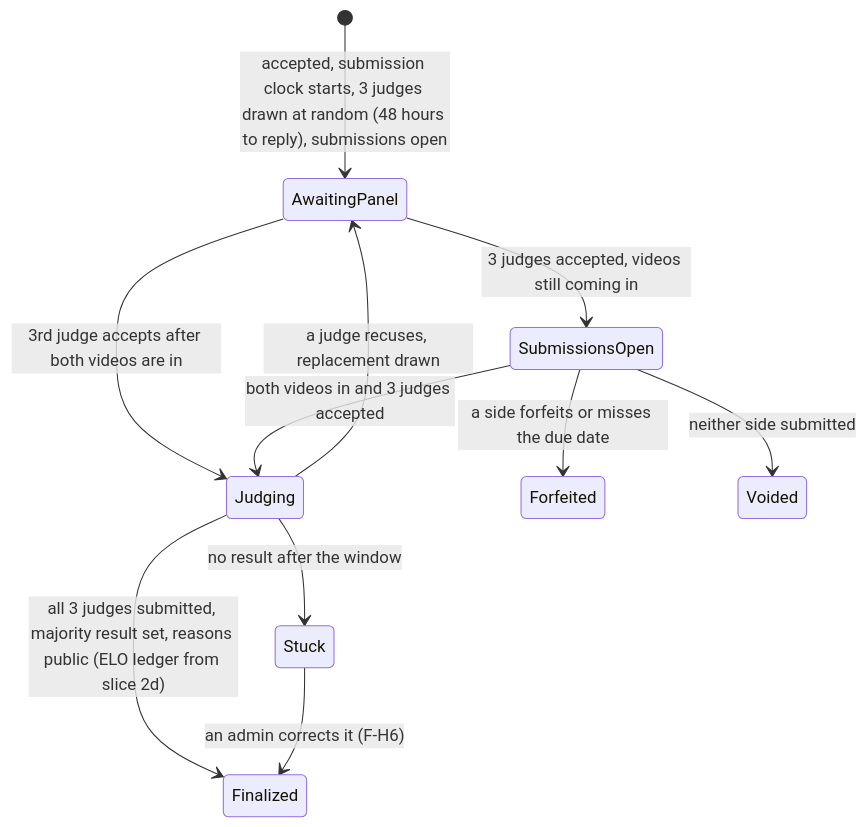
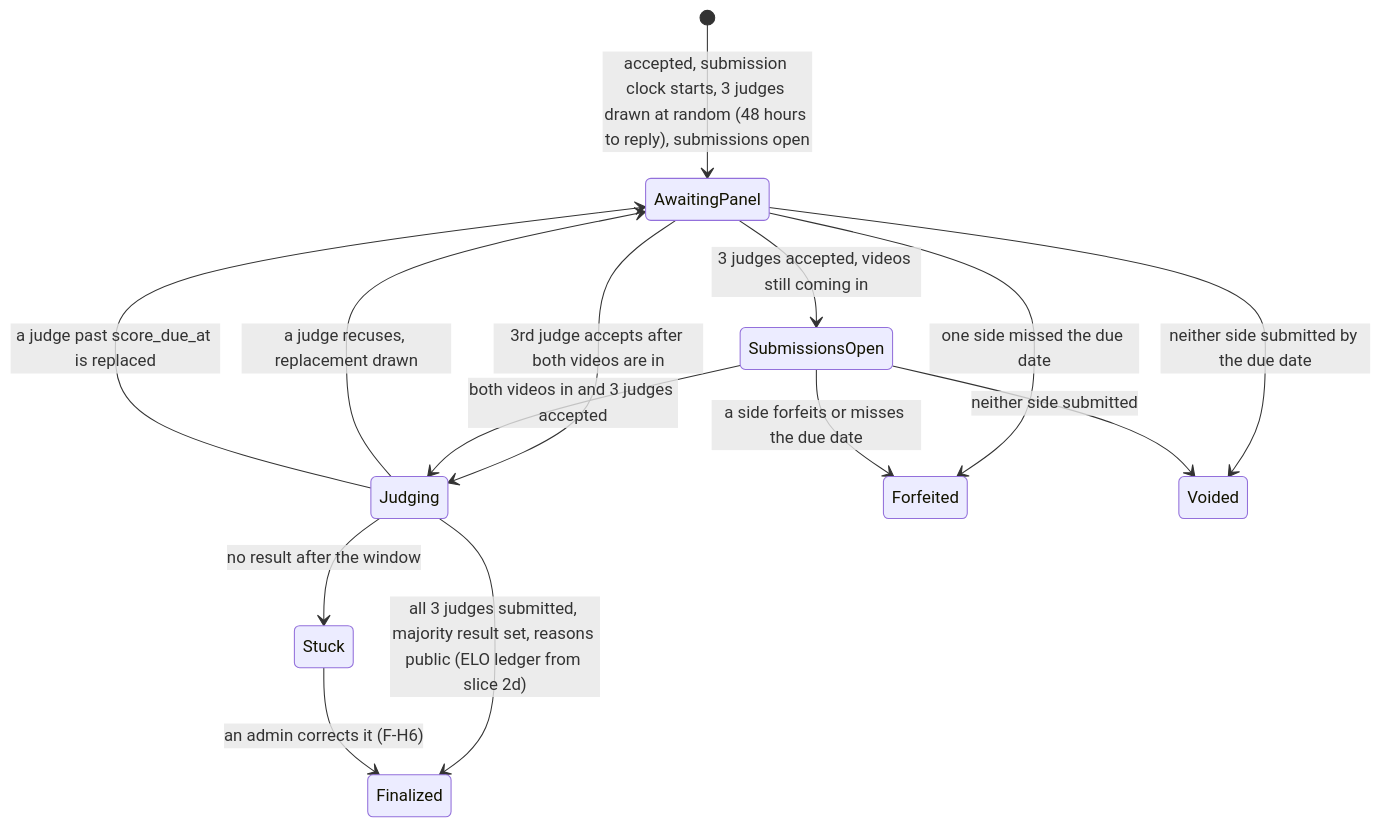
The second of 4 diagrams in docs/03-state-flows.md (Vioh-code/glovesup.tv), drawn with Mermaid before and after one commit. The commit also changed other lines of this file and 20 other files, not shown here.

````diff
--- a/docs/03-state-flows.md
+++ b/docs/03-state-flows.md
@@ -41,13 +41,16 @@
 ```mermaid
 stateDiagram-v2
   [*] --> AwaitingPanel: accepted, submission clock starts, 3 judges drawn at random (48 hours to reply), submissions open
   AwaitingPanel --> SubmissionsOpen: 3 judges accepted, videos still coming in
   AwaitingPanel --> Judging: 3rd judge accepts after both videos are in
   SubmissionsOpen --> Judging: both videos in and 3 judges accepted
   Judging --> AwaitingPanel: a judge recuses, replacement drawn
   Judging --> Finalized: all 3 judges submitted, majority result set, reasons public (ELO ledger from slice 2d)
+  AwaitingPanel --> Forfeited: one side missed the due date
   SubmissionsOpen --> Forfeited: a side forfeits or misses the due date
+  AwaitingPanel --> Voided: neither side submitted by the due date
   SubmissionsOpen --> Voided: neither side submitted
+  Judging --> AwaitingPanel: a judge past score_due_at is replaced
   Judging --> Stuck: no result after the window
   Stuck --> Finalized: an admin corrects it (F-H6)
 ```
````
